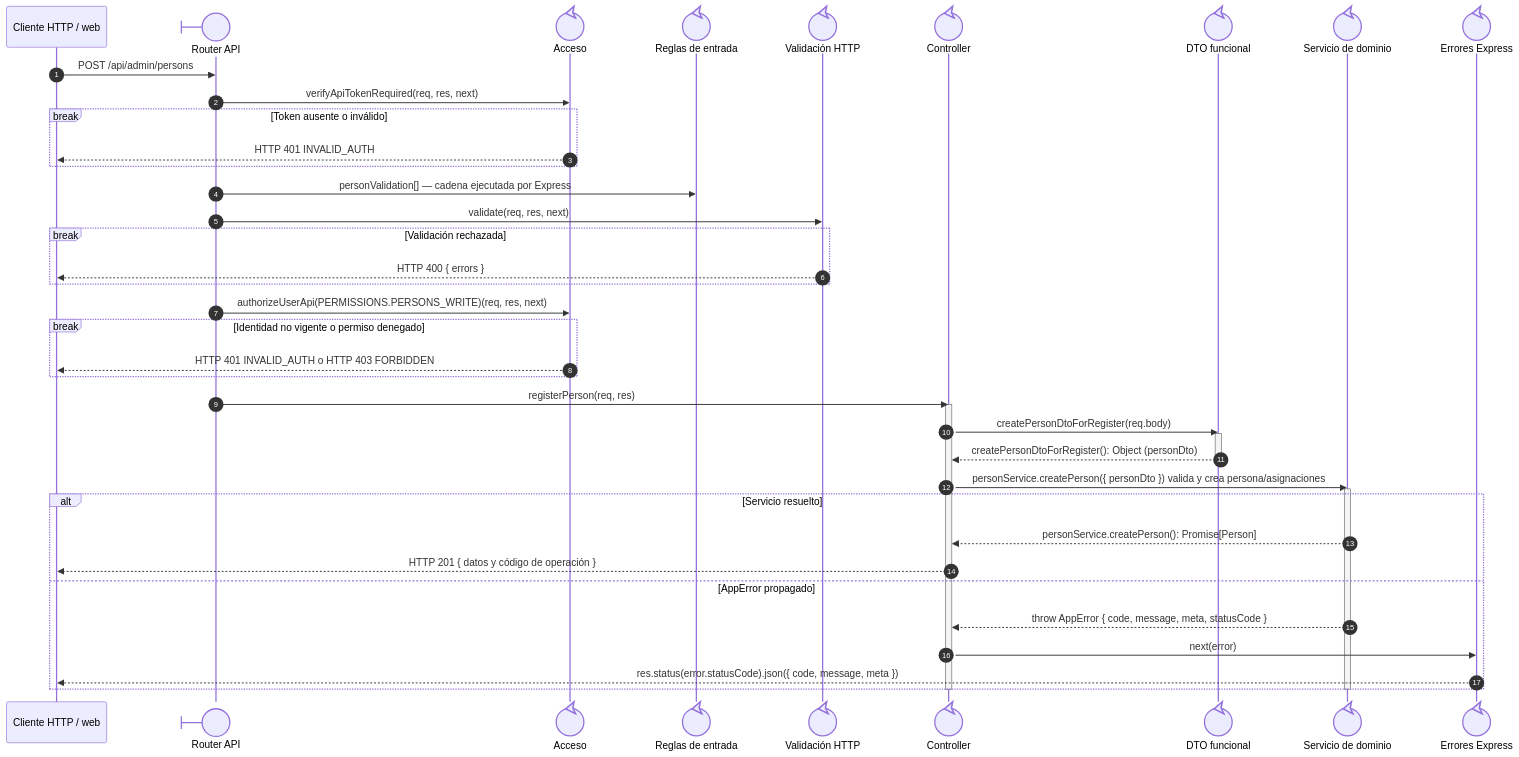
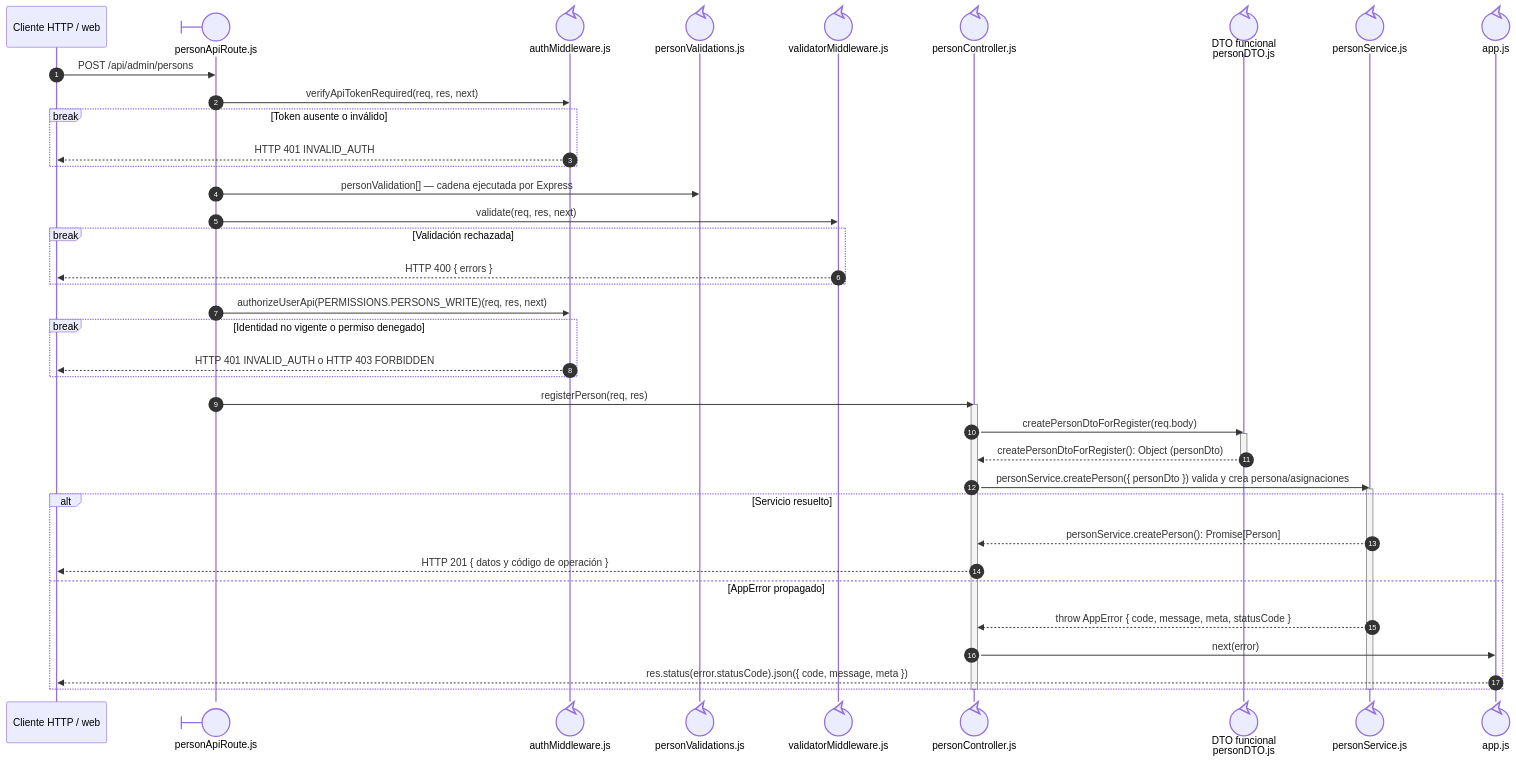
One commit to gpgsistemas01/nexus changed the diagram in docs/architecture/views/processes/backend-code-sequences/identity-access/cu-ida-02.md. Above: the diagram before and after it, drawn with Mermaid. The commit also changed other lines of this file and 192 other files, not shown here.

Commit message:
docs: make sequence file ownership explicit and align code flows

````diff
--- a/docs/architecture/views/processes/backend-code-sequences/identity-access/cu-ida-02.md
+++ b/docs/architecture/views/processes/backend-code-sequences/identity-access/cu-ida-02.md
@@ -26,46 +28,46 @@
 ```mermaid
 sequenceDiagram
     autonumber
     participant Client as Cliente HTTP / web
-    participant Route@{ "type": "boundary" } as Router API
-    participant Auth@{ "type": "control" } as Acceso
-    participant ValidationRules@{ "type": "control" } as Reglas de entrada
-    participant Validator@{ "type": "control" } as Validación HTTP
-    participant Controller@{ "type": "control" } as Controller
-    participant PersonDto@{ "type": "control" } as DTO funcional
-    participant Domain@{ "type": "control" } as Servicio de dominio
-    participant ErrorHandler@{ "type": "control" } as Errores Express
+    participant Route@{ "type": "boundary" } as personApiRoute.js
+    participant Auth@{ "type": "control" } as authMiddleware.js
+    participant ValidationRules@{ "type": "control" } as personValidations.js
+    participant Validator@{ "type": "control" } as validatorMiddleware.js
+    participant Controller@{ "type": "control" } as personController.js
+    participant PersonDto@{ "type": "control" } as DTO funcional<br/>personDTO.js
+    participant Domain@{ "type": "control" } as personService.js
+    participant ErrorHandler@{ "type": "control" } as app.js
 
     Client->>Route: POST /api/admin/persons
     Route->>Auth: verifyApiTokenRequired(req, res, next)
     break Token ausente o inválido
         Auth-->>Client: HTTP 401 INVALID_AUTH
     end
     Route->>ValidationRules: personValidation[] — cadena ejecutada por Express
     Route->>Validator: validate(req, res, next)
     break Validación rechazada
         Validator-->>Client: HTTP 400 { errors }
     end
     Route->>Auth: authorizeUserApi(PERMISSIONS.PERSONS_WRITE)(req, res, next)
     break Identidad no vigente o permiso denegado
         Auth-->>Client: HTTP 401 INVALID_AUTH o HTTP 403 FORBIDDEN
     end
     Route->>Controller: registerPerson(req, res)
     activate Controller
     Controller->>PersonDto: createPersonDtoForRegister(req.body)
     activate PersonDto
     PersonDto-->>Controller: createPersonDtoForRegister(): Object (personDto)
     deactivate PersonDto
     Controller->>Domain: personService.createPerson({ personDto }) valida y crea persona/asignaciones
     activate Domain
     alt Servicio resuelto
         Domain-->>Controller: personService.createPerson(): Promise[Person]
         Controller-->>Client: HTTP 201 { datos y código de operación }
     else AppError propagado
         Domain-->>Controller: throw AppError { code, message, meta, statusCode }
         Controller->>ErrorHandler: next(error)
         ErrorHandler-->>Client: res.status(error.statusCode).json({ code, message, meta })
     end
     deactivate Domain
     deactivate Controller
 ```
````
